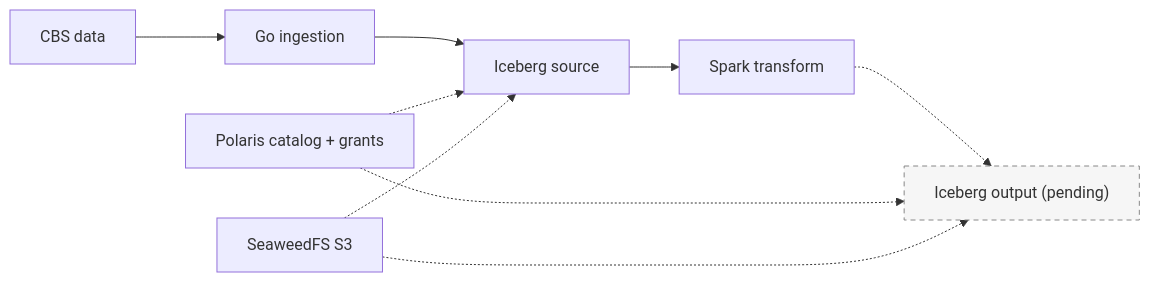
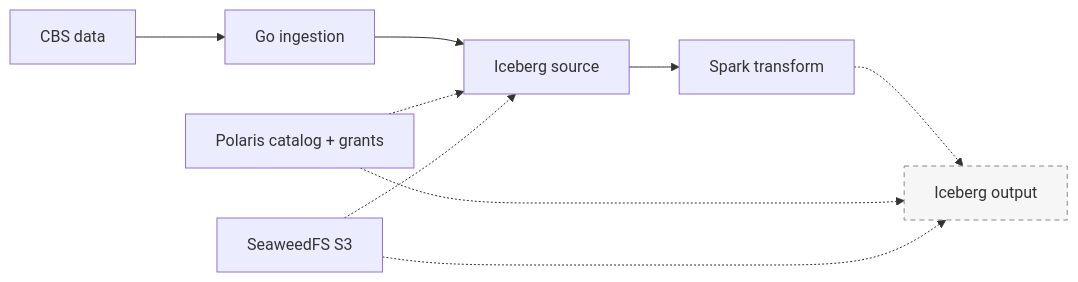
The fourth of 5 diagrams in content/blog/opendp-kubernetes-paved-paths/article.md (MrDaggubati/infer-blog), drawn with Mermaid before and after one commit. The commit also changed other lines of this file, not shown here.

````diff
--- a/content/blog/opendp-kubernetes-paved-paths/article.md
+++ b/content/blog/opendp-kubernetes-paved-paths/article.md
@@ -109,13 +105,13 @@
 ```mermaid
 flowchart LR
     CBS["CBS data"] --> GO["Go ingestion"]
     GO --> SRC["Iceberg source"]
     SRC --> SP["Spark transform"]
-    SP -.-> OUT["Iceberg output (pending)"]
+    SP -.-> OUT["Iceberg output"]
     POL["Polaris catalog + grants"] -.-> SRC
     POL -.-> OUT
     S3["SeaweedFS S3"] -.-> SRC
     S3 -.-> OUT
     classDef pending stroke-dasharray:5 4,stroke:#888,fill:#f6f6f6
     class OUT pending
 ```
````
